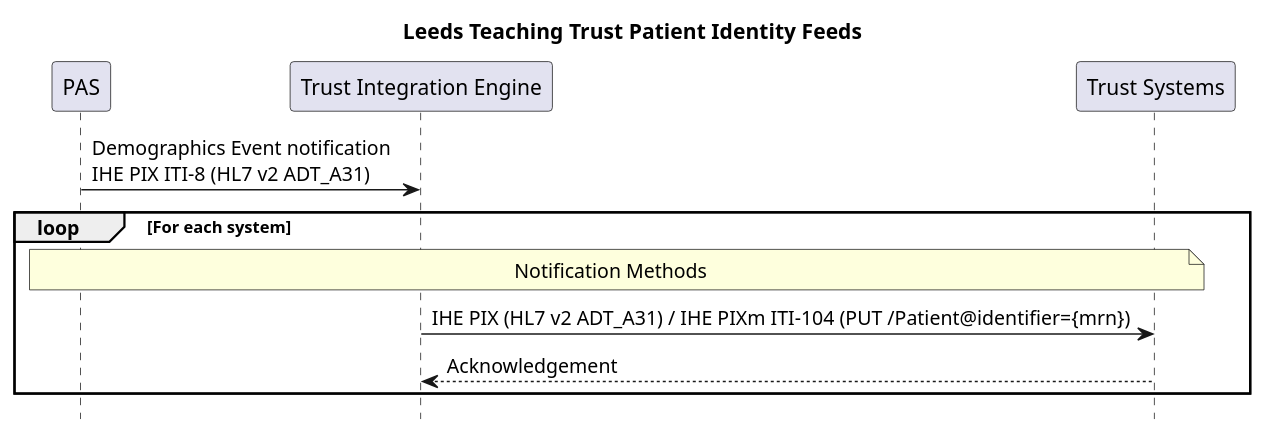
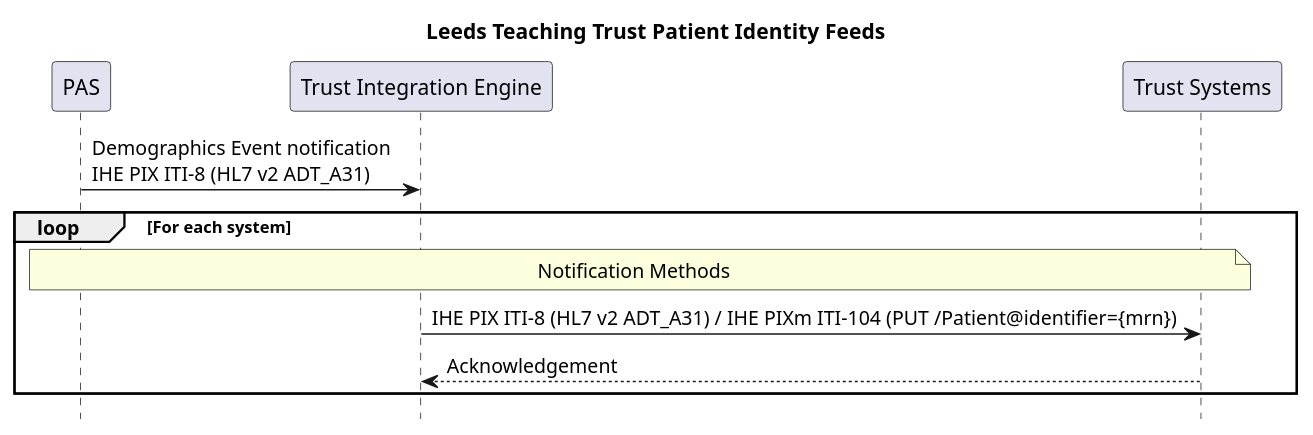
Before and after one commit to NHSDigital/interoperability-standards-documentation: the diagram in input/images-source/pas-sequence-notifications.plantuml, drawn with PlantUML. The commit also changed 441 other files, not shown here.

Commit message:
Tidy of diagrams

```diff
--- a/input/images-source/pas-sequence-notifications.plantuml
+++ b/input/images-source/pas-sequence-notifications.plantuml
@@ -1,22 +1,22 @@
 @startuml
 
 hide footbox
 
 title "Leeds Teaching Trust Patient Identity Feeds"
 
 
 participant "PAS" as PIXManager
 participant "Trust Integration Engine" as Middleware
 participant "Trust Systems" as PIXConsumer
 
 
  PIXManager -> Middleware: Demographics Event notification \nIHE PIX ITI-8 (HL7 v2 ADT_A31)
 loop For each system
   note over PIXManager,PIXConsumer : Notification Methods
 
-    Middleware -> PIXConsumer: IHE PIX (HL7 v2 ADT_A31) / IHE PIXm ITI-104 (PUT /Patient@identifier={mrn})
+    Middleware -> PIXConsumer: IHE PIX ITI-8 (HL7 v2 ADT_A31) / IHE PIXm ITI-104 (PUT /Patient@identifier={mrn})
     PIXConsumer --> Middleware: Acknowledgement
 
 end
 
 @enduml
```
